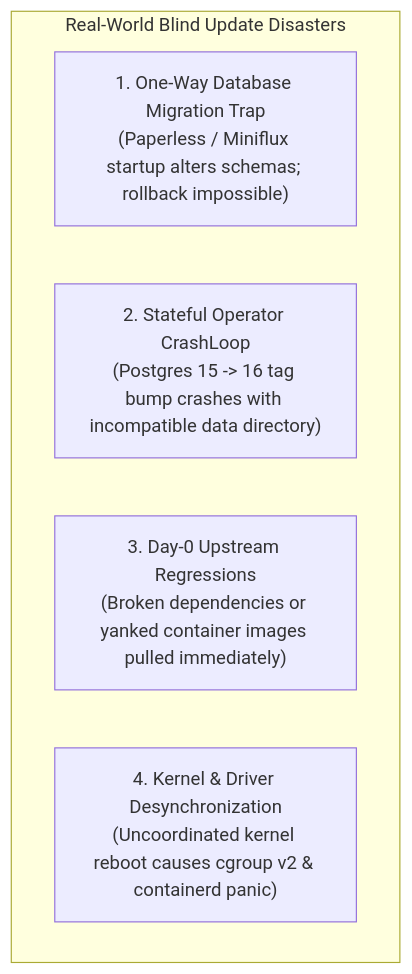
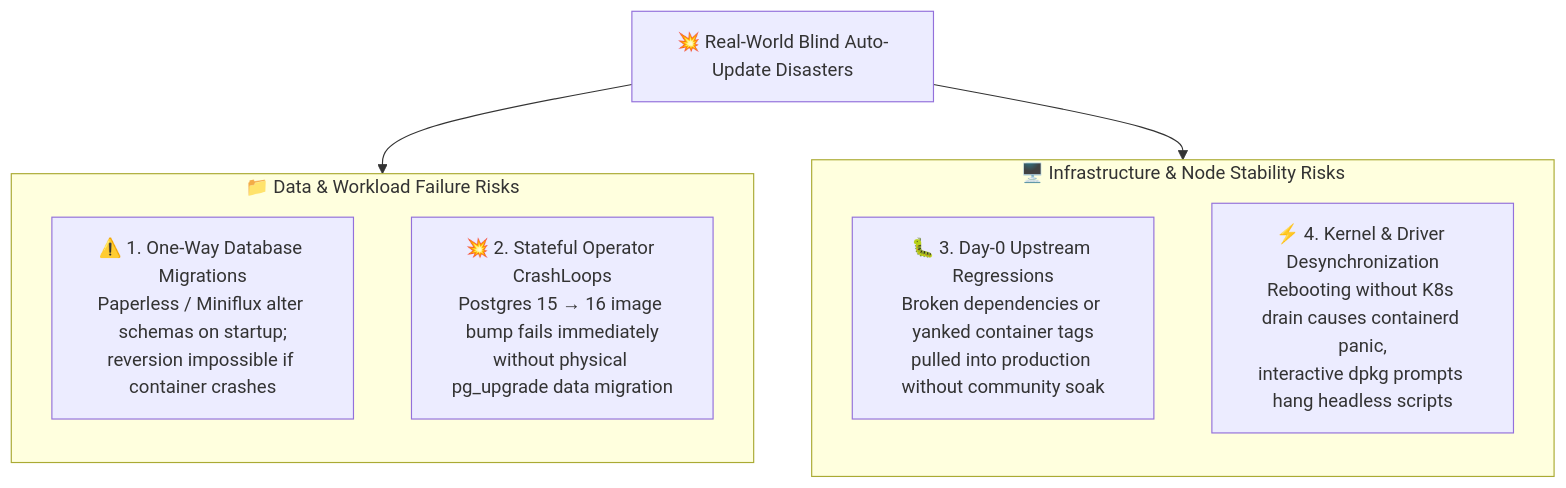
Before and after one commit to vsingh55/homelab-ops: the first of 3 diagrams in docs/projects/05-autonomous-sysadmin-patching.md, drawn with Mermaid. The commit also changed other lines of this file and 11 other files, not shown here.

Commit message:
fix(docs): replace local paths with GitHub URLs and improve case study 05 diagrams layout

````diff
--- a/docs/projects/05-autonomous-sysadmin-patching.md
+++ b/docs/projects/05-autonomous-sysadmin-patching.md
@@ -30,9 +30,19 @@
 ```mermaid
-graph TD
-    subgraph FailureModes["Real-World Blind Update Disasters"]
-        F1["1. One-Way Database Migration Trap<br>(Paperless / Miniflux startup alters schemas; rollback impossible)"]
-        F2["2. Stateful Operator CrashLoop<br>(Postgres 15 -> 16 tag bump crashes with incompatible data directory)"]
-        F3["3. Day-0 Upstream Regressions<br>(Broken dependencies or yanked container images pulled immediately)"]
-        F4["4. Kernel & Driver Desynchronization<br>(Uncoordinated kernel reboot causes cgroup v2 & containerd panic)"]
+flowchart TB
+    Root["💥 Real-World Blind Auto-Update Disasters"]
+    
+    Root --> DataPlane
+    Root --> InfraPlane
+
+    subgraph DataPlane["📁 Data & Workload Failure Risks"]
+        direction TB
+        F1["⚠️ 1. One-Way Database Migrations<br>Paperless / Miniflux alter schemas on startup;<br>reversion impossible if container crashes"]
+        F2["💥 2. Stateful Operator CrashLoops<br>Postgres 15 → 16 image bump fails immediately<br>without physical pg_upgrade data migration"]
+    end
+
+    subgraph InfraPlane["🖥️ Infrastructure & Node Stability Risks"]
+        direction TB
+        F3["🐛 3. Day-0 Upstream Regressions<br>Broken dependencies or yanked container tags<br>pulled into production without community soak"]
+        F4["⚡ 4. Kernel & Driver Desynchronization<br>Rebooting without K8s drain causes containerd panic,<br>interactive dpkg prompts hang headless scripts"]
     end
 ```
````
